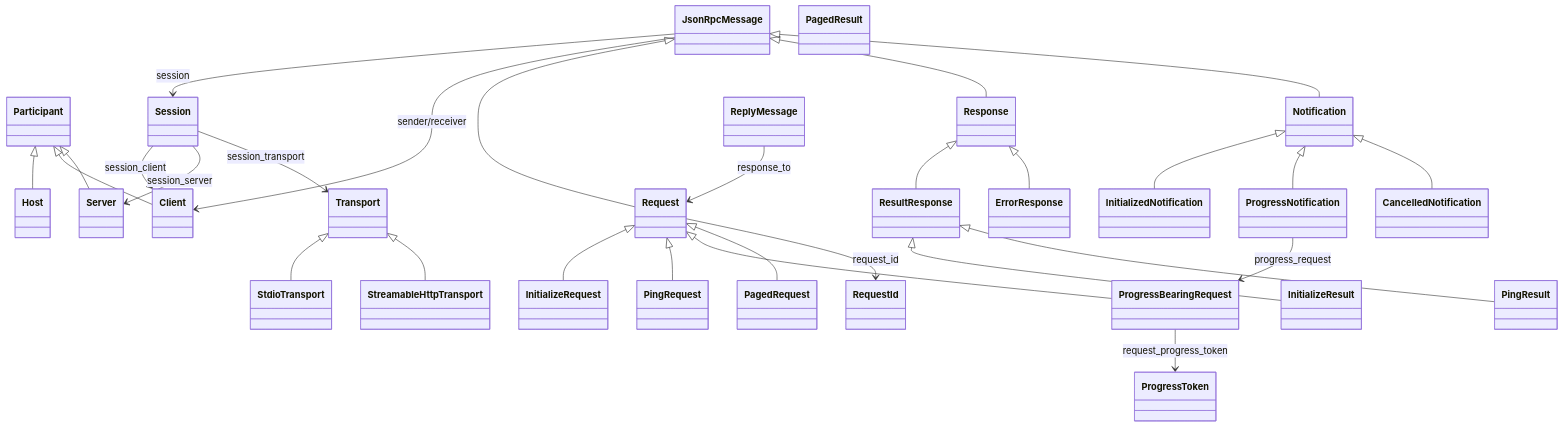
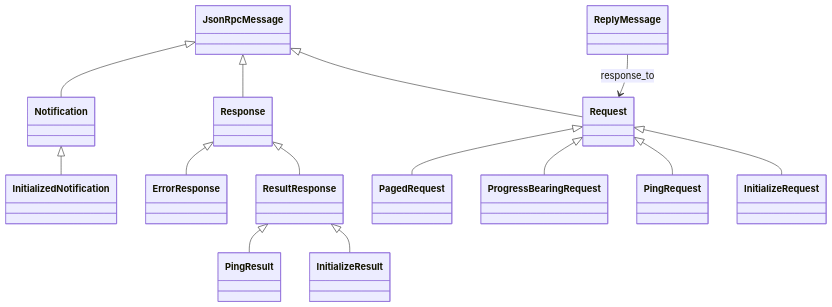
One commit to quenio/ATN changed the second of 11 diagrams in Examples/Protocols/ModelContextProtocol/MCP-2025-11-25.design.md. Above: the diagram before and after it, drawn with Mermaid. The commit also changed other lines of this file and 1 other file, not shown here.

Commit message:
Limit design diagrams to focused class groups

````diff
--- a/Examples/Protocols/ModelContextProtocol/MCP-2025-11-25.design.md
+++ b/Examples/Protocols/ModelContextProtocol/MCP-2025-11-25.design.md
@@ -26,59 +49,31 @@
 ```mermaid
 classDiagram
-    class Participant
-    class Host
-    class Client
-    class Server
-    class Session
-    class Transport
-    class StdioTransport
-    class StreamableHttpTransport
     class JsonRpcMessage
     class Request
     class Response
     class ResultResponse
     class ErrorResponse
     class Notification
     class ReplyMessage
     class InitializeRequest
     class InitializeResult
     class InitializedNotification
     class PingRequest
     class PingResult
     class ProgressBearingRequest
-    class ProgressNotification
-    class CancelledNotification
     class PagedRequest
-    class PagedResult
-    class RequestId
-    class ProgressToken
 
-    Participant <|-- Host
-    Participant <|-- Client
-    Participant <|-- Server
-    Session --> Client : session_client
-    Session --> Server : session_server
-    Session --> Transport : session_transport
-    Transport <|-- StdioTransport
-    Transport <|-- StreamableHttpTransport
-    JsonRpcMessage --> Session : session
-    JsonRpcMessage --> Client : sender/receiver
+    JsonRpcMessage <|-- Request
+    JsonRpcMessage <|-- Response
+    JsonRpcMessage <|-- Notification
+    Response <|-- ResultResponse
+    Response <|-- ErrorResponse
     Request <|-- InitializeRequest
     Request <|-- PingRequest
     Request <|-- ProgressBearingRequest
     Request <|-- PagedRequest
-    Response <|-- ResultResponse
-    Response <|-- ErrorResponse
-    JsonRpcMessage <|-- Request
-    JsonRpcMessage <|-- Response
-    JsonRpcMessage <|-- Notification
     ResultResponse <|-- InitializeResult
     ResultResponse <|-- PingResult
     Notification <|-- InitializedNotification
-    Notification <|-- ProgressNotification
-    Notification <|-- CancelledNotification
     ReplyMessage --> Request : response_to
-    Request --> RequestId : request_id
-    ProgressBearingRequest --> ProgressToken : request_progress_token
-    ProgressNotification --> ProgressBearingRequest : progress_request
 ```
````
